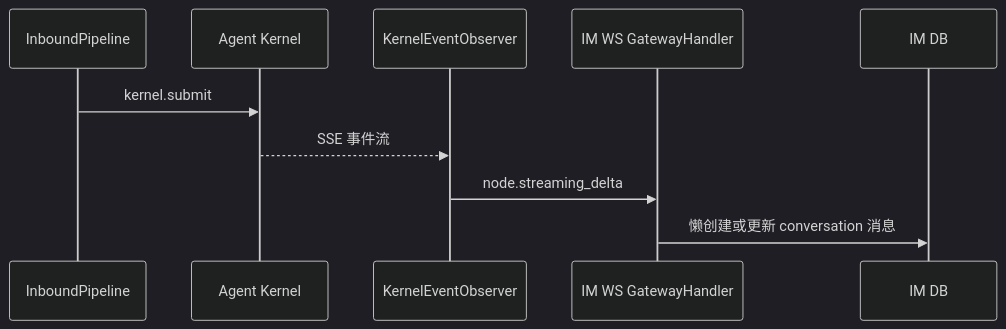
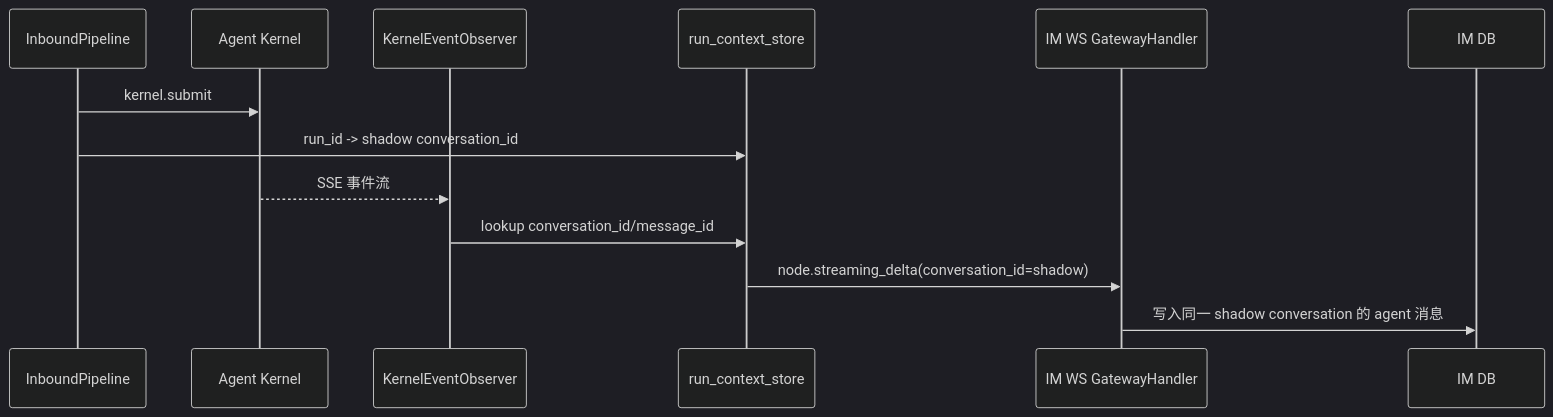
One commit to Mrchen116/nano-multiagent changed the third of 4 diagrams in docs/changes/feat-447-feishu-channel/design.md. Above: the diagram before and after it, drawn with Mermaid (dark theme). The commit also changed other lines of this file and 2 other files, not shown here.

````diff
--- a/docs/changes/feat-447-feishu-channel/design.md
+++ b/docs/changes/feat-447-feishu-channel/design.md
@@ -261,13 +287,16 @@
 ```mermaid
 sequenceDiagram
     participant PIPE as InboundPipeline
     participant K as Agent Kernel
     participant OBS as KernelEventObserver
+    participant RCTX as run_context_store
     participant WS as IM WS GatewayHandler
     participant DB as IM DB
 
     PIPE->>K: kernel.submit
+    PIPE->>RCTX: run_id -> shadow conversation_id
     K-->>OBS: SSE 事件流
-    OBS->>WS: node.streaming_delta
-    WS->>DB: 懒创建或更新 conversation 消息
+    OBS->>RCTX: lookup conversation_id/message_id
+    RCTX->>WS: node.streaming_delta(conversation_id=shadow)
+    WS->>DB: 写入同一 shadow conversation 的 agent 消息
 ```
````
